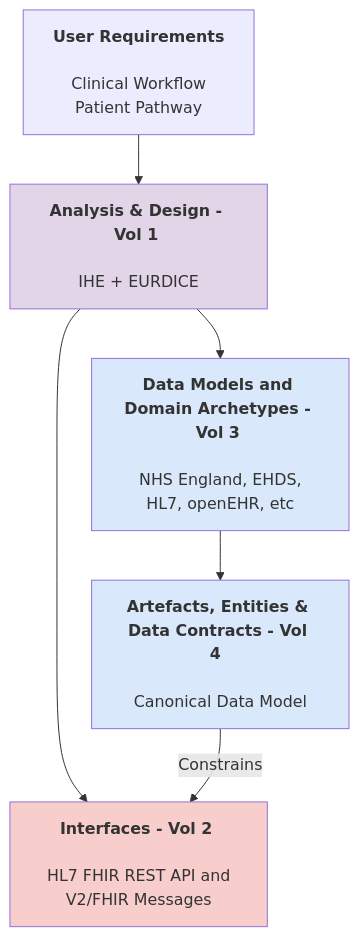
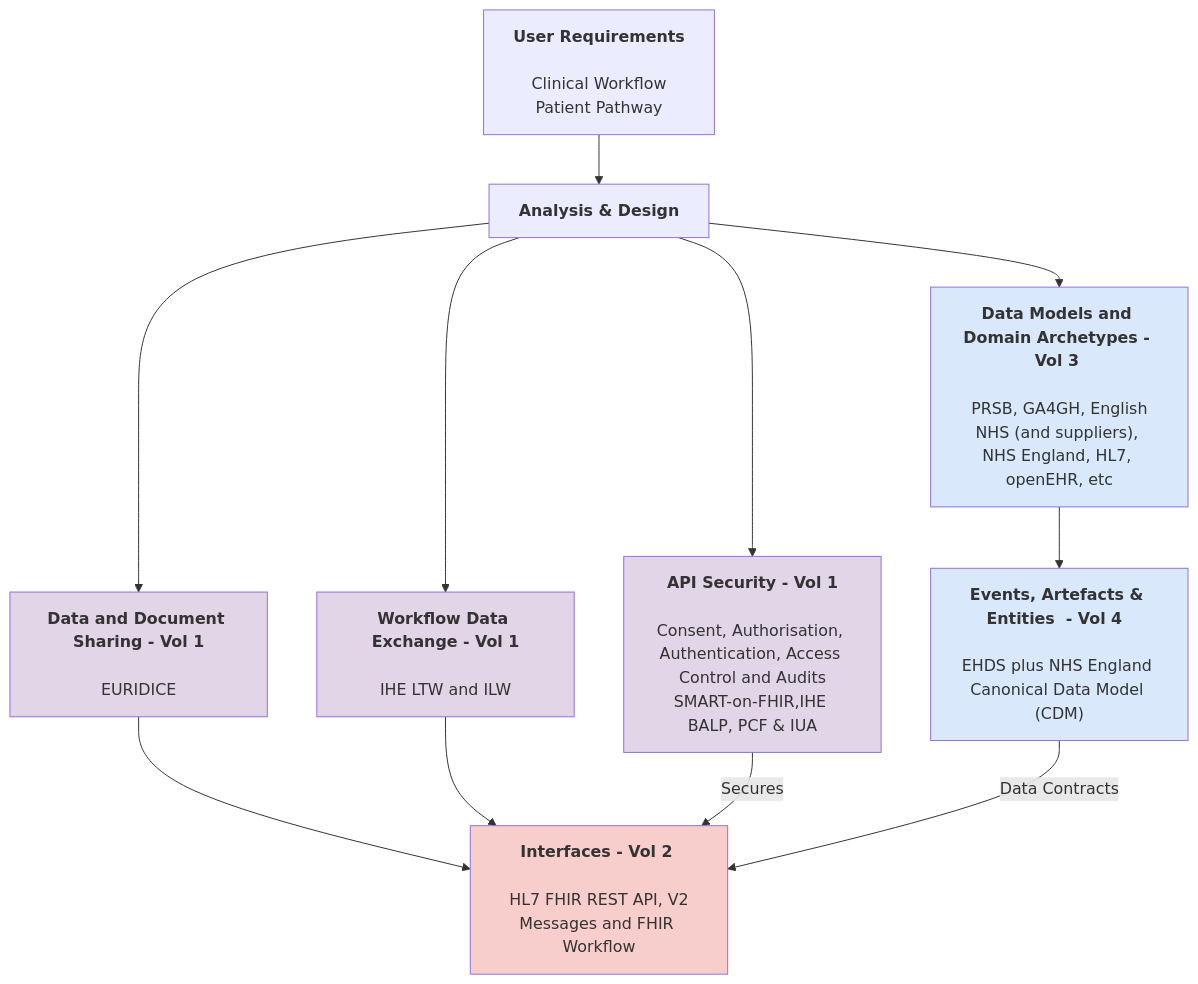
One commit to nw-gmsa/nw-gmsa.github.com changed the diagram in input/pagecontent/index.md. Above: the diagram before and after it, drawn with Mermaid.

Commit message:
iGene Work Item Management

````diff
--- a/input/pagecontent/index.md
+++ b/input/pagecontent/index.md
@@ -25,23 +25,31 @@
 ```mermaid
 graph TD 
 
 User[<b>User Requirements</b> <br/><br/> Clinical Workflow<br/>Patient Pathway]
-IHE[<b>Analysis & Design - Vol 1</b> <br/><br/>IHE + EURDICE]
-HL7[<b>Interfaces - Vol 2</b> <br/><br/> HL7 FHIR REST API and V2/FHIR Messages]
-Data[<b>Data Models and Domain Archetypes - Vol 3</b> <br/><br/> NHS England, EHDS, HL7, openEHR, etc]
-Artefacts[<b>Artefacts, Entities & Data Contracts - Vol 4</b>  <br/><br/>Canonical Data Model] 
+IHE[<b>Analysis & Design]
+HL7[<b>Interfaces - Vol 2</b> <br/><br/> HL7 FHIR REST API, V2 Messages and FHIR Workflow]
+Data["<b>Data Models and Domain Archetypes - Vol 3</b> <br/><br/> PRSB, GA4GH, English NHS (and suppliers), NHS England, HL7, openEHR, etc"]
+Artefacts["<b>Events, Artefacts & Entities  - Vol 4</b>  <br/><br/>EHDS plus NHS England Canonical Data Model (CDM)"] 
+Share[<b>Data and Document Sharing - Vol 1</b><br/><br/>EURIDICE]
+Message[<b>Workflow Data Exchange - Vol 1</b><br/><br/>IHE LTW and ILW]
+API[<b>API Security - Vol 1</b><br/><br/>Consent, Authorisation, Authentication, Access Control and Audits<br/>SMART-on-FHIR,IHE BALP, PCF & IUA]
 
 User --> IHE
-IHE --> HL7
+IHE -->  Share
+IHE --> Message
+IHE --> API
+Share --> HL7
+Message --> HL7
+API --> |Secures| HL7
 IHE --> Data
 Data --> Artefacts
-Artefacts --> |Constrains| HL7
+Artefacts --> |Data Contracts| HL7
 
     classDef pink fill:#F8CECC;
     classDef blue fill:#DAE8FC;
     classDef purple fill:#E1D5E7;
 
     class Data,Artefacts blue;
     class HL7 pink;
-    class IHE purple;
+    class Message,Share,API purple;
 ```
````
